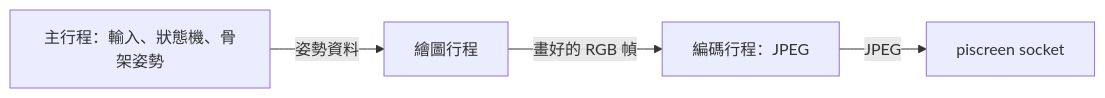
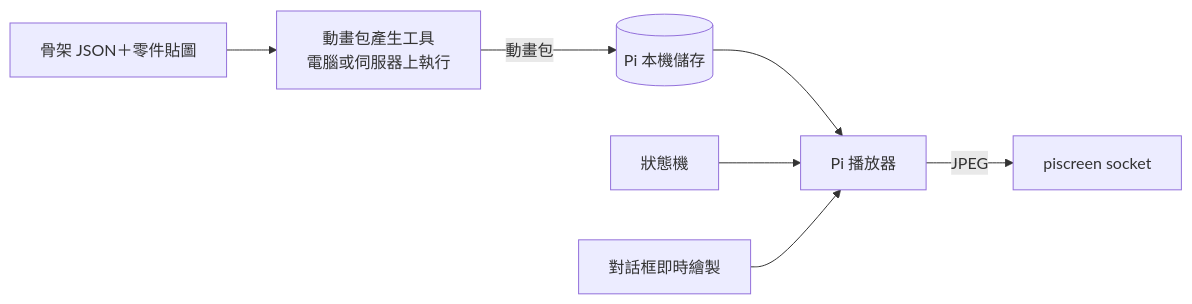
Before and after one commit to laiyuehta/desktop-pet: the second of 2 diagrams in PROPOSAL.md, drawn with Mermaid. The commit also changed other lines of this file, not shown here.

````diff
--- a/PROPOSAL.md
+++ b/PROPOSAL.md
@@ -175,6 +174,9 @@
 ```mermaid
 flowchart LR
-  L[主行程：輸入、狀態機、骨架姿勢] -->|姿勢資料| R[繪圖行程]
-  R -->|畫好的 RGB 幀| E[編碼行程：JPEG]
-  E -->|JPEG| PS[piscreen socket]
+  SK[骨架 JSON＋零件貼圖] --> BK[動畫包產生工具<br/>電腦或伺服器上執行]
+  BK -->|動畫包| PK[(Pi 本機儲存)]
+  PK --> PL[Pi 播放器]
+  FSM[狀態機] --> PL
+  BB[對話框即時繪製] --> PL
+  PL -->|JPEG| PS[piscreen socket]
 ```
````
